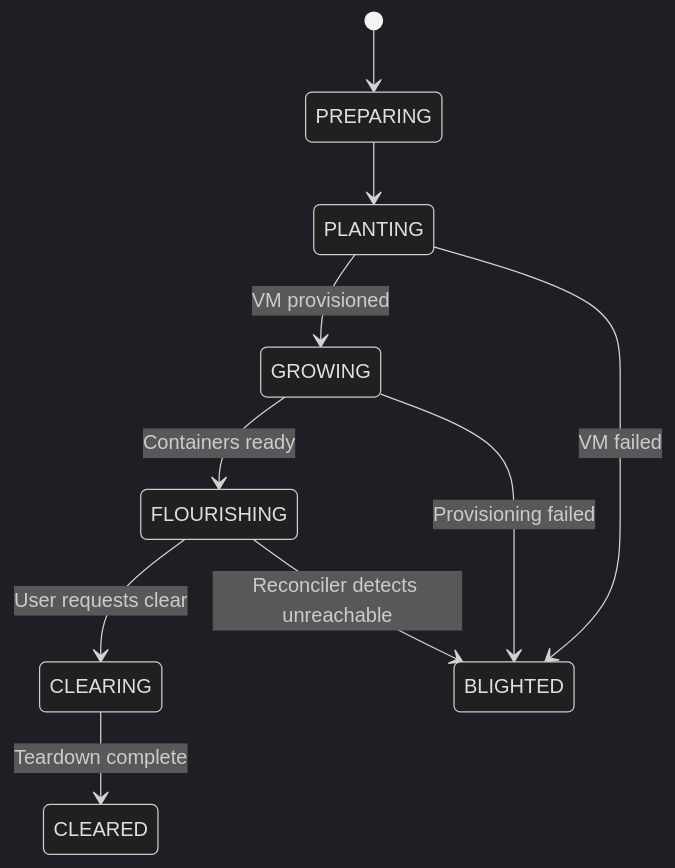
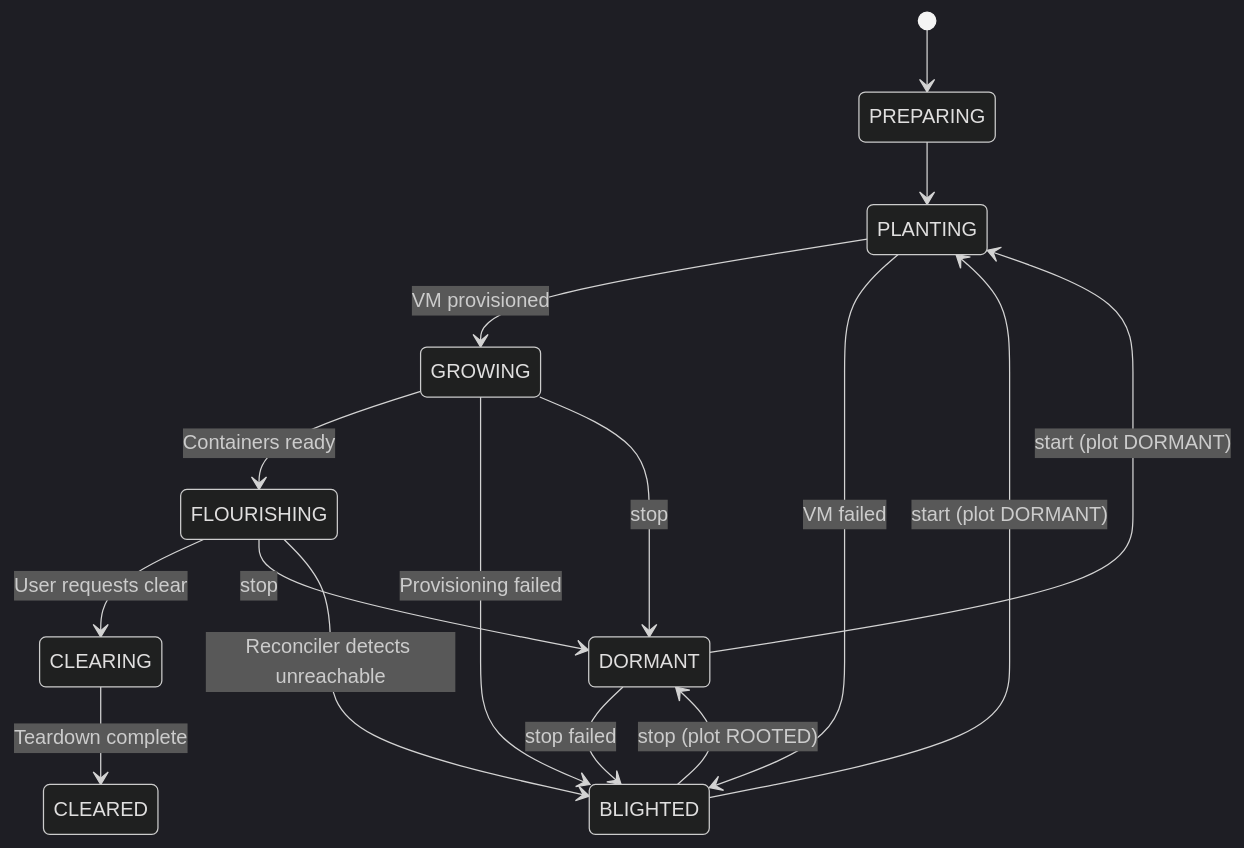
Before and after one commit to orchard-cde/orchard: the sixth of 9 diagrams in docs/architecture/platform-architecture.md, drawn with Mermaid (dark theme). The commit also changed other lines of this file and 3 other files, not shown here.

Commit message:
fix!: grove stop powers the plot off instead of destroying it (#251)

````diff
--- a/docs/architecture/platform-architecture.md
+++ b/docs/architecture/platform-architecture.md
@@ -338,15 +338,22 @@
 ```mermaid
 stateDiagram-v2
     [*] --> PREPARING
     PREPARING --> PLANTING
     PLANTING --> GROWING : VM provisioned
     GROWING --> FLOURISHING : Containers ready
     GROWING --> BLIGHTED : Provisioning failed
 
     PLANTING --> BLIGHTED : VM failed
 
     FLOURISHING --> CLEARING : User requests clear
     CLEARING --> CLEARED : Teardown complete
 
+    FLOURISHING --> DORMANT : stop
+    GROWING --> DORMANT : stop
+    BLIGHTED --> DORMANT : stop (plot ROOTED)
+    DORMANT --> BLIGHTED : stop failed
+    DORMANT --> PLANTING : start (plot DORMANT)
+    BLIGHTED --> PLANTING : start (plot DORMANT)
+
     FLOURISHING --> BLIGHTED : Reconciler detects unreachable
 ```
````
